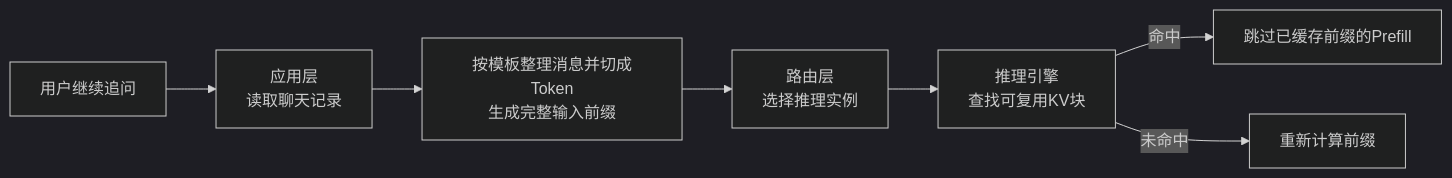
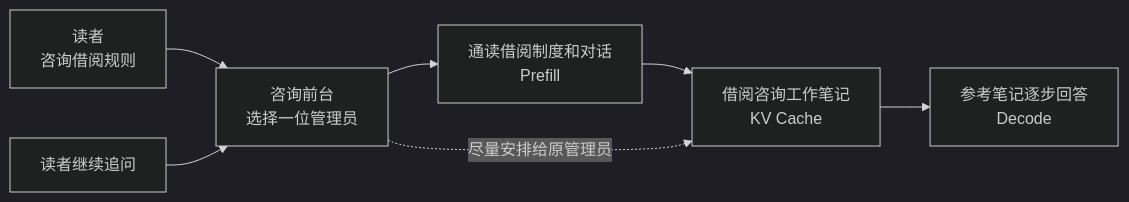
One commit to gqcn/johns-blog changed the second of 23 diagrams in docs/docs/1000-AI技术/600-推理服务/5000-大模型推理服务会话保持与KVCache感知路由技术详解.md. Above: the diagram before and after it, drawn with Mermaid (dark theme). The commit also changed other lines of this file and 10 other files, not shown here.

````diff
--- a/docs/docs/1000-AI技术/600-推理服务/5000-大模型推理服务会话保持与KVCache感知路由技术详解.md
+++ b/docs/docs/1000-AI技术/600-推理服务/5000-大模型推理服务会话保持与KVCache感知路由技术详解.md
@@ -94,9 +78,9 @@
 ```mermaid
 flowchart LR
-    User["用户继续追问"] --> App["应用层<br/>读取聊天记录"]
-    App --> Render["按模板整理消息并切成Token<br/>生成完整输入前缀"]
-    Render --> Router["路由层<br/>选择推理实例"]
-    Router --> Engine["推理引擎<br/>查找可复用KV块"]
-    Engine -->|"命中"| Reuse["跳过已缓存前缀的Prefill"]
-    Engine -->|"未命中"| Recompute["重新计算前缀"]
+    Reader["读者<br/>咨询借阅规则"] --> Desk["咨询前台<br/>选择一位管理员"]
+    Desk --> Read["通读借阅制度和对话<br/>Prefill"]
+    Read --> Notes["借阅咨询工作笔记<br/>KV Cache"]
+    Notes --> Answer["参考笔记逐步回答<br/>Decode"]
+    Reader2["读者继续追问"] --> Desk
+    Desk -. "尽量安排给原管理员" .-> Notes
 ```
````
